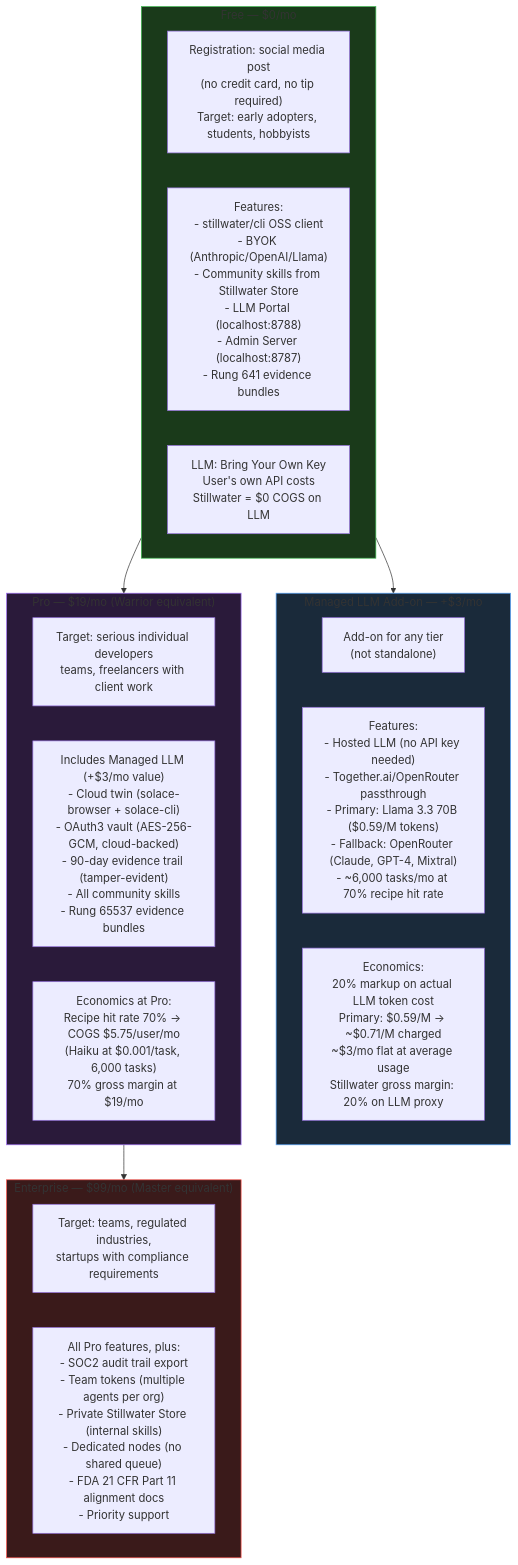
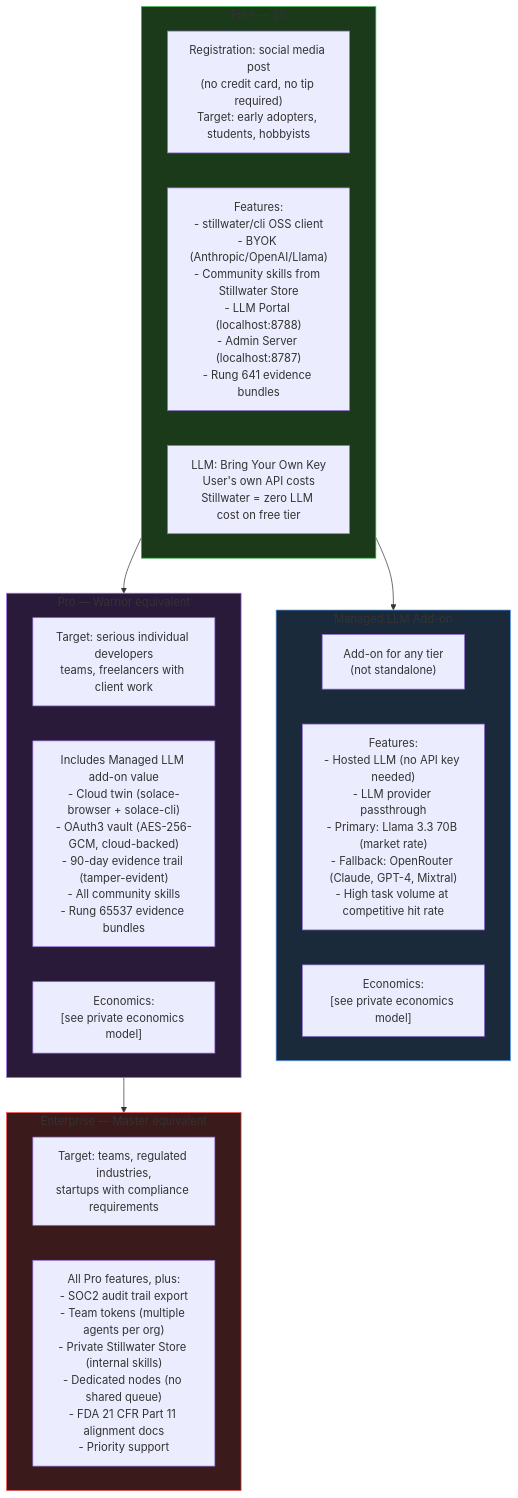
The first of 6 diagrams in diagrams/stillwater/21-pricing-tiers.md (phuctruong/stillwater), drawn with Mermaid before and after one commit. The commit also changed other lines of this file and 88 other files, not shown here.

````diff
--- a/diagrams/stillwater/21-pricing-tiers.md
+++ b/diagrams/stillwater/21-pricing-tiers.md
@@ -9,34 +9,34 @@
 ```mermaid
 flowchart TD
-    subgraph FREE["Free — $0/mo"]
+    subgraph FREE["Free — $0"]
         F_DESC["Registration: social media post\n(no credit card, no tip required)\nTarget: early adopters, students, hobbyists"]
         F_FEATURES["Features:\n- stillwater/cli OSS client\n- BYOK (Anthropic/OpenAI/Llama)\n- Community skills from Stillwater Store\n- LLM Portal (localhost:8788)\n- Admin Server (localhost:8787)\n- Rung 641 evidence bundles"]
-        F_LLM["LLM: Bring Your Own Key\nUser's own API costs\nStillwater = $0 COGS on LLM"]
+        F_LLM["LLM: Bring Your Own Key\nUser's own API costs\nStillwater = zero LLM cost on free tier"]
     end
 
-    subgraph MANAGED["Managed LLM Add-on — +$3/mo"]
+    subgraph MANAGED["Managed LLM Add-on"]
         ML_DESC["Add-on for any tier\n(not standalone)"]
-        ML_FEATURES["Features:\n- Hosted LLM (no API key needed)\n- Together.ai/OpenRouter passthrough\n- Primary: Llama 3.3 70B ($0.59/M tokens)\n- Fallback: OpenRouter (Claude, GPT-4, Mixtral)\n- ~6,000 tasks/mo at 70% recipe hit rate"]
-        ML_ECONOMICS["Economics:\n20% markup on actual LLM token cost\nPrimary: $0.59/M → ~$0.71/M charged\n~$3/mo flat at average usage\nStillwater gross margin: 20% on LLM proxy"]
+        ML_FEATURES["Features:\n- Hosted LLM (no API key needed)\n- LLM provider passthrough\n- Primary: Llama 3.3 70B (market rate)\n- Fallback: OpenRouter (Claude, GPT-4, Mixtral)\n- High task volume at competitive hit rate"]
+        ML_ECONOMICS["Economics:\n[see private economics model]"]
     end
 
-    subgraph PRO["Pro — $19/mo (Warrior equivalent)"]
+    subgraph PRO["Pro — Warrior equivalent"]
         P_DESC["Target: serious individual developers\nteams, freelancers with client work"]
-        P_FEATURES["Includes Managed LLM (+$3/mo value)\n- Cloud twin (solace-browser + solace-cli)\n- OAuth3 vault (AES-256-GCM, cloud-backed)\n- 90-day evidence trail (tamper-evident)\n- All community skills\n- Rung 65537 evidence bundles"]
-        P_ECONOMICS["Economics at Pro:\nRecipe hit rate 70% → COGS $5.75/user/mo\n(Haiku at $0.001/task, 6,000 tasks)\n70% gross margin at $19/mo"]
+        P_FEATURES["Includes Managed LLM add-on value\n- Cloud twin (solace-browser + solace-cli)\n- OAuth3 vault (AES-256-GCM, cloud-backed)\n- 90-day evidence trail (tamper-evident)\n- All community skills\n- Rung 65537 evidence bundles"]
+        P_ECONOMICS["Economics:\n[see private economics model]"]
     end
 
-    subgraph ENTERPRISE["Enterprise — $99/mo (Master equivalent)"]
+    subgraph ENTERPRISE["Enterprise — Master equivalent"]
         E_DESC["Target: teams, regulated industries,\nstartups with compliance requirements"]
         E_FEATURES["All Pro features, plus:\n- SOC2 audit trail export\n- Team tokens (multiple agents per org)\n- Private Stillwater Store (internal skills)\n- Dedicated nodes (no shared queue)\n- FDA 21 CFR Part 11 alignment docs\n- Priority support"]
     end
 
     FREE --> MANAGED
     FREE --> PRO
     PRO --> ENTERPRISE
 
     style FREE fill:#1a3a1a,stroke:#3fb950
     style MANAGED fill:#1a2a3a,stroke:#58a6ff
     style PRO fill:#2a1a3a,stroke:#a371f7
     style ENTERPRISE fill:#3a1a1a,stroke:#f85149
 ```
````
